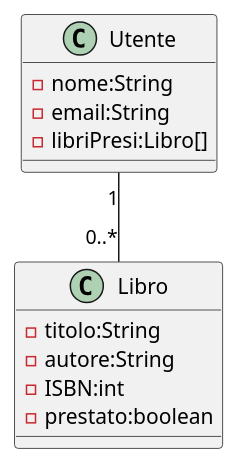
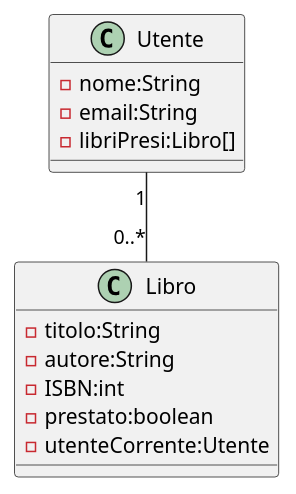
Before and after one commit to itsNikk/2526-4BI: the diagram in uml/src/CD/Intro-es2_V1.puml, drawn with PlantUML.

```diff
--- a/uml/src/CD/Intro-es2_V1.puml
+++ b/uml/src/CD/Intro-es2_V1.puml
@@ -1,19 +1,20 @@
 @startuml
 ''Versione 1 - rel.bilaterale
 '' Pro? Contro?
 class Libro {
     -titolo:String
     -autore:String
     -ISBN:int
     -prestato:boolean
+    -utenteCorrente:Utente
 }
 
 class Utente{
     -nome:String
     -email:String
     -libriPresi:Libro[]
 }
 
 Utente "1" -- "0..*" Libro
 
 @enduml
```
